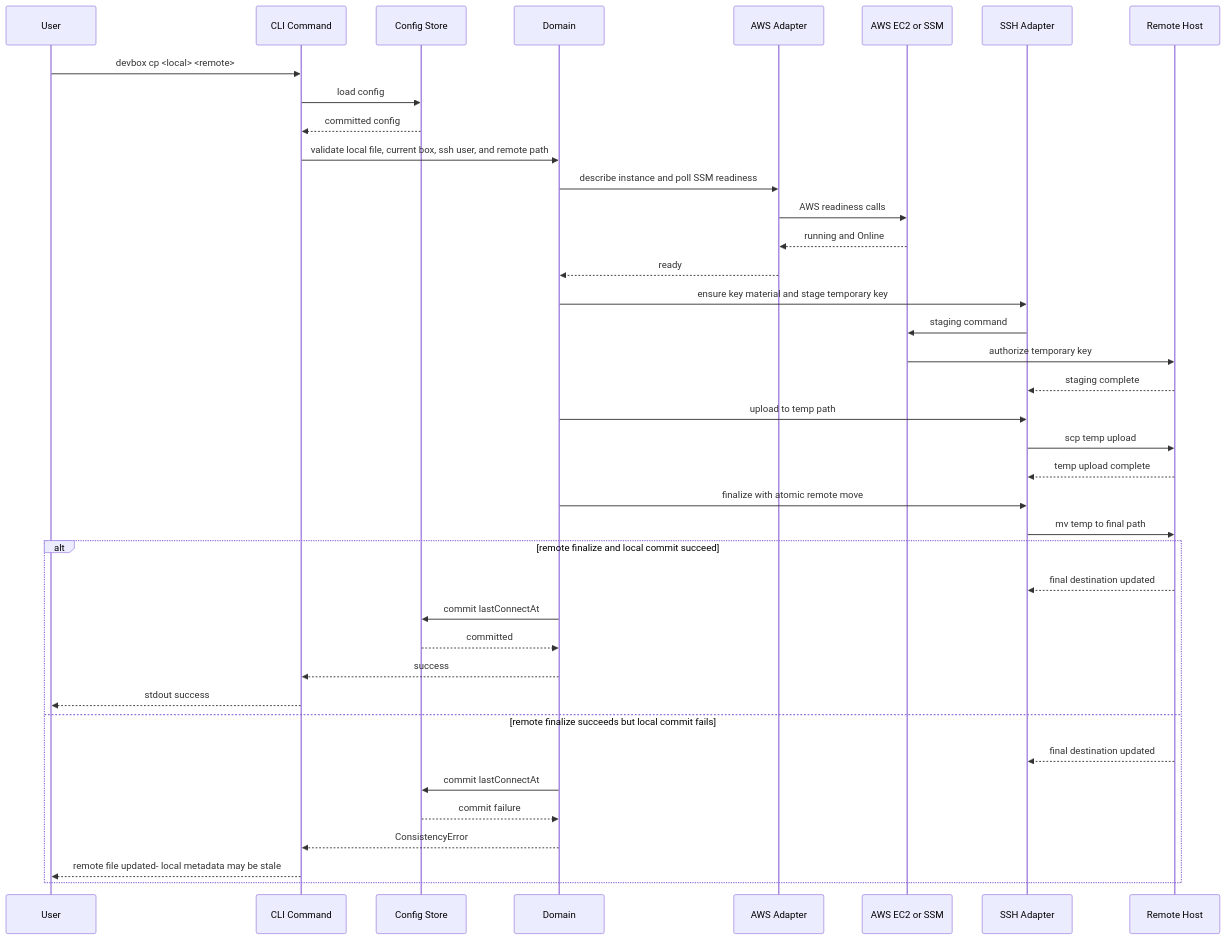
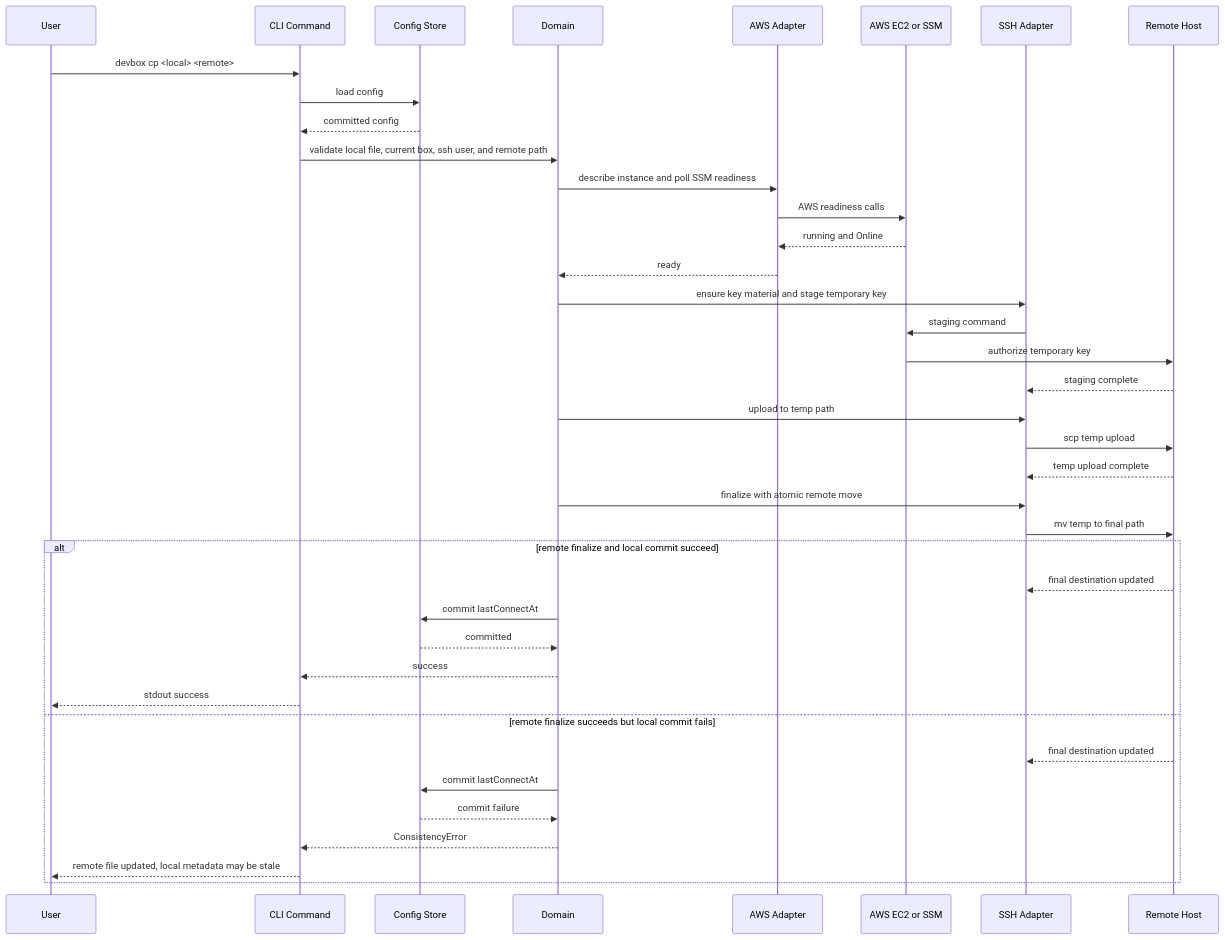
One commit to ohpauleez/devbox changed diagram 14 of 15 in docs/design12.md. Above: the diagram before and after it, drawn with Mermaid. The commit also changed other lines of this file, not shown here.

````diff
--- a/docs/design12.md
+++ b/docs/design12.md
@@ -975,42 +1008,42 @@
 ```mermaid
 sequenceDiagram
     participant U as User
     participant C as CLI Command
     participant S as Config Store
     participant D as Domain
     participant A as AWS Adapter
     participant EC2 as AWS EC2 or SSM
     participant SSH as SSH Adapter
     participant H as Remote Host
 
     U->>C: devbox cp <local> <remote>
     C->>S: load config
     S-->>C: committed config
     C->>D: validate local file, current box, ssh user, and remote path
     D->>A: describe instance and poll SSM readiness
     A->>EC2: AWS readiness calls
     EC2-->>A: running and Online
     A-->>D: ready
     D->>SSH: ensure key material and stage temporary key
     SSH->>EC2: staging command
     EC2->>H: authorize temporary key
     H-->>SSH: staging complete
     D->>SSH: upload to temp path
     SSH->>H: scp temp upload
     H-->>SSH: temp upload complete
     D->>SSH: finalize with atomic remote move
     SSH->>H: mv temp to final path
     alt remote finalize and local commit succeed
         H-->>SSH: final destination updated
         D->>S: commit lastConnectAt
         S-->>D: committed
         D-->>C: success
         C-->>U: stdout success
     else remote finalize succeeds but local commit fails
         H-->>SSH: final destination updated
         D->>S: commit lastConnectAt
         S-->>D: commit failure
         D-->>C: ConsistencyError
-        C-->>U: remote file updated- local metadata may be stale
+        C-->>U: remote file updated, local metadata may be stale
     end
 ```
````
